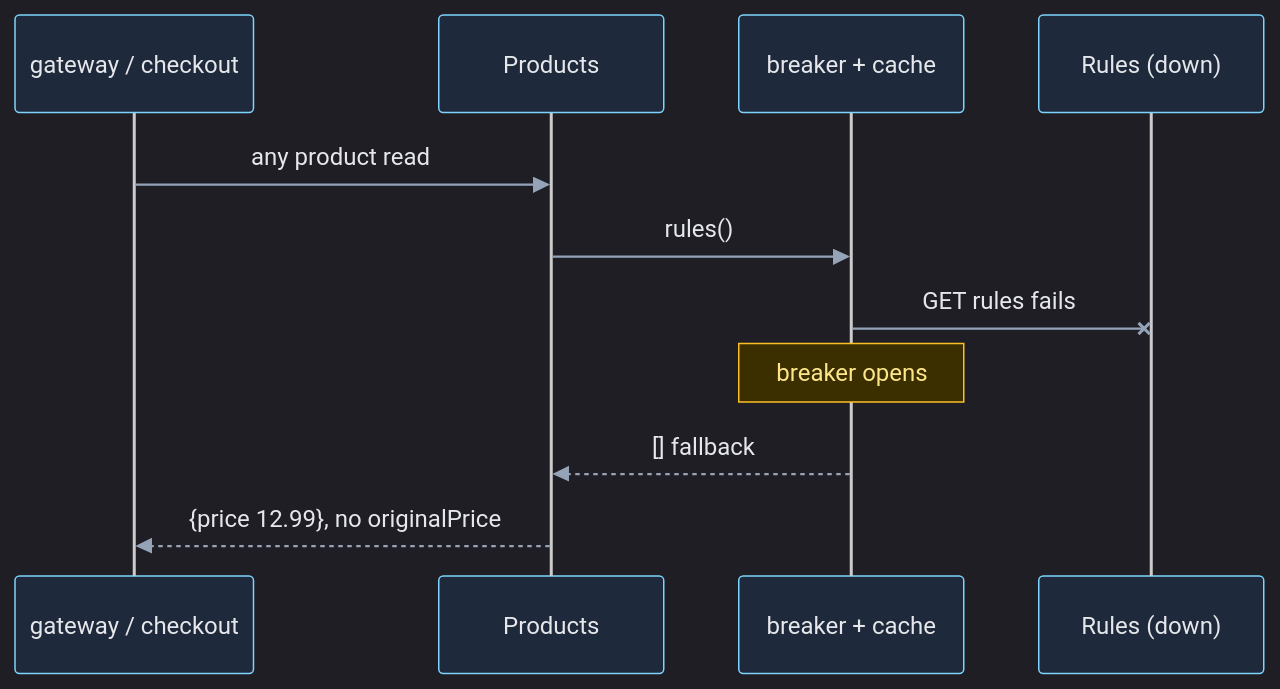
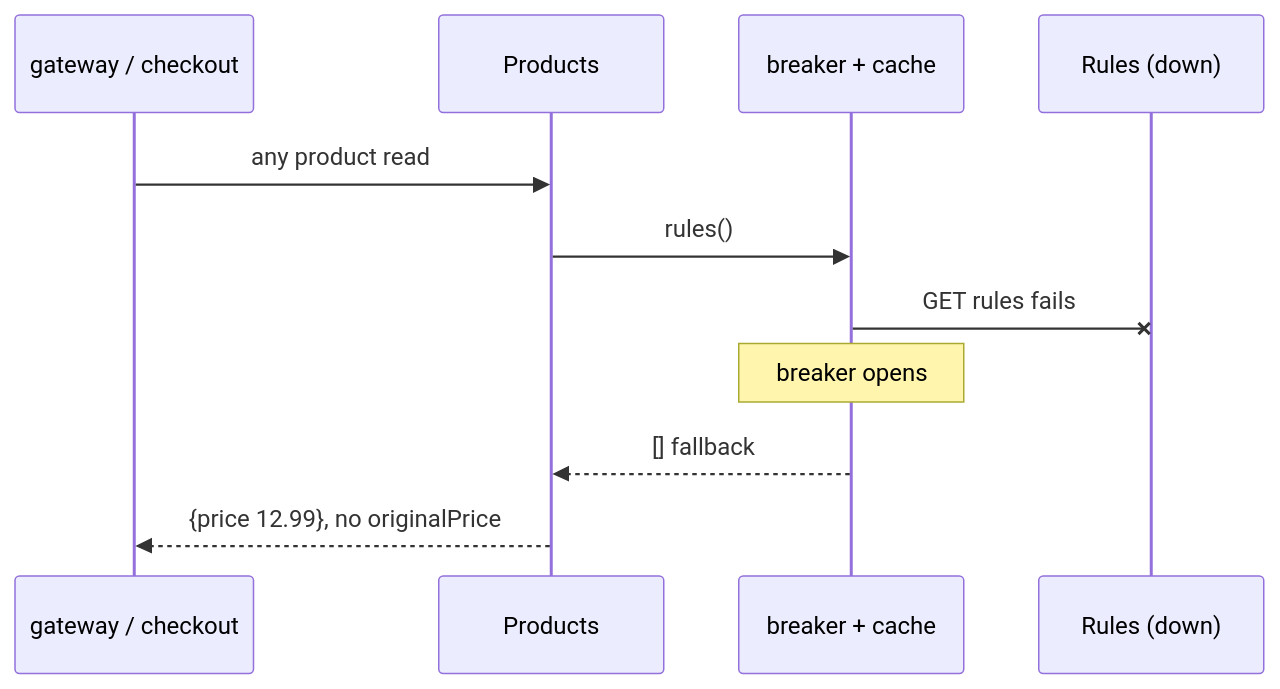
Before and after one commit to oztuck/yugastore-java: the third of 4 diagrams in docs/sessions/2026-09-16-pricing-rules-design/deck/slides.md, drawn with Mermaid. The commit also changed other lines of this file and 6 other files, not shown here.

````diff
--- a/docs/sessions/2026-09-16-pricing-rules-design/deck/slides.md
+++ b/docs/sessions/2026-09-16-pricing-rules-design/deck/slides.md
@@ -181,14 +184,13 @@
 ```mermaid {scale: 0.42}
-%%{init: {'theme':'dark','themeVariables':{'actorBkg':'#1e293b','actorBorder':'#7dd3fc','actorTextColor':'#e5e7eb','signalColor':'#94a3b8','signalTextColor':'#e5e7eb','noteBkgColor':'#3b2f00','noteBorderColor':'#fbbf24','noteTextColor':'#fde68a','fontSize':'15px'}}}%%
 sequenceDiagram
     participant Any as gateway / checkout
     participant P as Products
     participant B as breaker + cache
     participant R as Rules (down)
     Any->>P: any product read
     P->>B: rules()
     B-xR: GET rules fails
     Note over B: breaker opens
     B-->>P: [] fallback
     P-->>Any: {price 12.99}, no originalPrice
 ```
````
